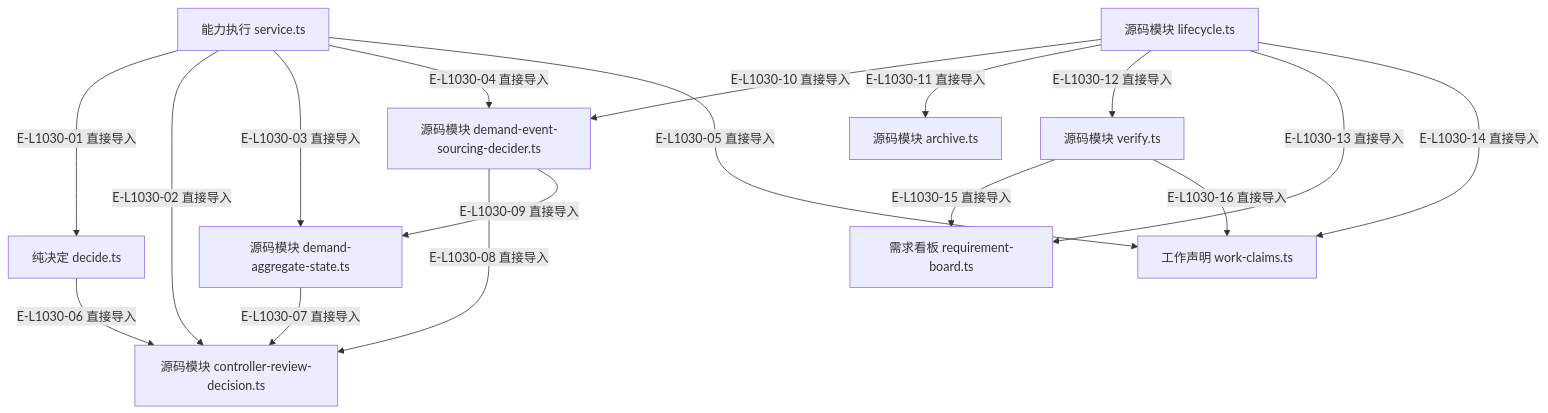
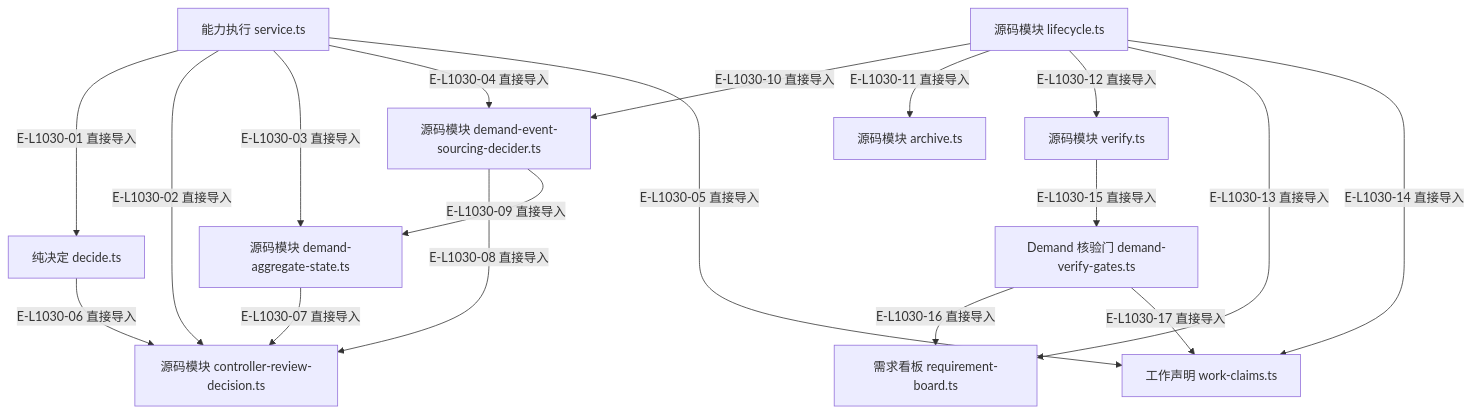
The diagram in wakeflow-architecture-atlas/maps/07-review-rework-completion/file-dependencies.md (GxFn/Wakeflow), drawn with Mermaid before and after one commit. The commit also changed other lines of this file and 61 other files, not shown here.

````diff
--- a/wakeflow-architecture-atlas/maps/07-review-rework-completion/file-dependencies.md
+++ b/wakeflow-architecture-atlas/maps/07-review-rework-completion/file-dependencies.md
@@ -161,31 +159,33 @@
 ```mermaid
 flowchart TB
   accTitle: 评审和生命周期的精选直接导入
   accDescr: 评审和生命周期所列具体文件之间的直接导入，不把静态依赖解释成运行调用。
   f1["能力执行 service.ts"]
   f2["纯决定 decide.ts"]
   f3["源码模块 controller-review-decision.ts"]
   f4["源码模块 demand-aggregate-state.ts"]
   f5["源码模块 demand-event-sourcing-decider.ts"]
   f6["源码模块 lifecycle.ts"]
   f7["源码模块 archive.ts"]
   f8["源码模块 verify.ts"]
   f9["需求看板 requirement-board.ts"]
   f10["工作声明 work-claims.ts"]
+  f11["Demand 核验门 demand-verify-gates.ts"]
   f1 -->|"E-L1030-01 直接导入"| f2
   f1 -->|"E-L1030-02 直接导入"| f3
   f1 -->|"E-L1030-03 直接导入"| f4
   f1 -->|"E-L1030-04 直接导入"| f5
   f1 -->|"E-L1030-05 直接导入"| f10
   f2 -->|"E-L1030-06 直接导入"| f3
   f4 -->|"E-L1030-07 直接导入"| f3
   f5 -->|"E-L1030-08 直接导入"| f3
   f5 -->|"E-L1030-09 直接导入"| f4
   f6 -->|"E-L1030-10 直接导入"| f5
   f6 -->|"E-L1030-11 直接导入"| f7
   f6 -->|"E-L1030-12 直接导入"| f8
   f6 -->|"E-L1030-13 直接导入"| f9
   f6 -->|"E-L1030-14 直接导入"| f10
-  f8 -->|"E-L1030-15 直接导入"| f9
-  f8 -->|"E-L1030-16 直接导入"| f10
+  f8 -->|"E-L1030-15 直接导入"| f11
+  f11 -->|"E-L1030-16 直接导入"| f9
+  f11 -->|"E-L1030-17 直接导入"| f10
 ```
````
